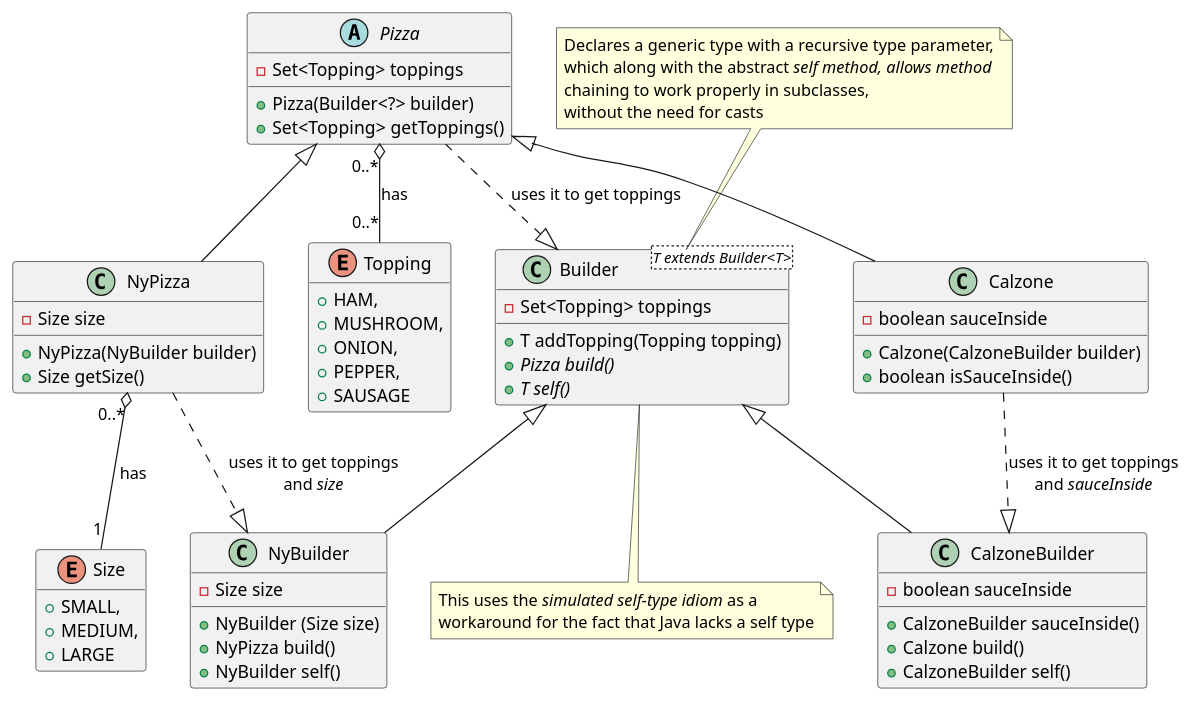
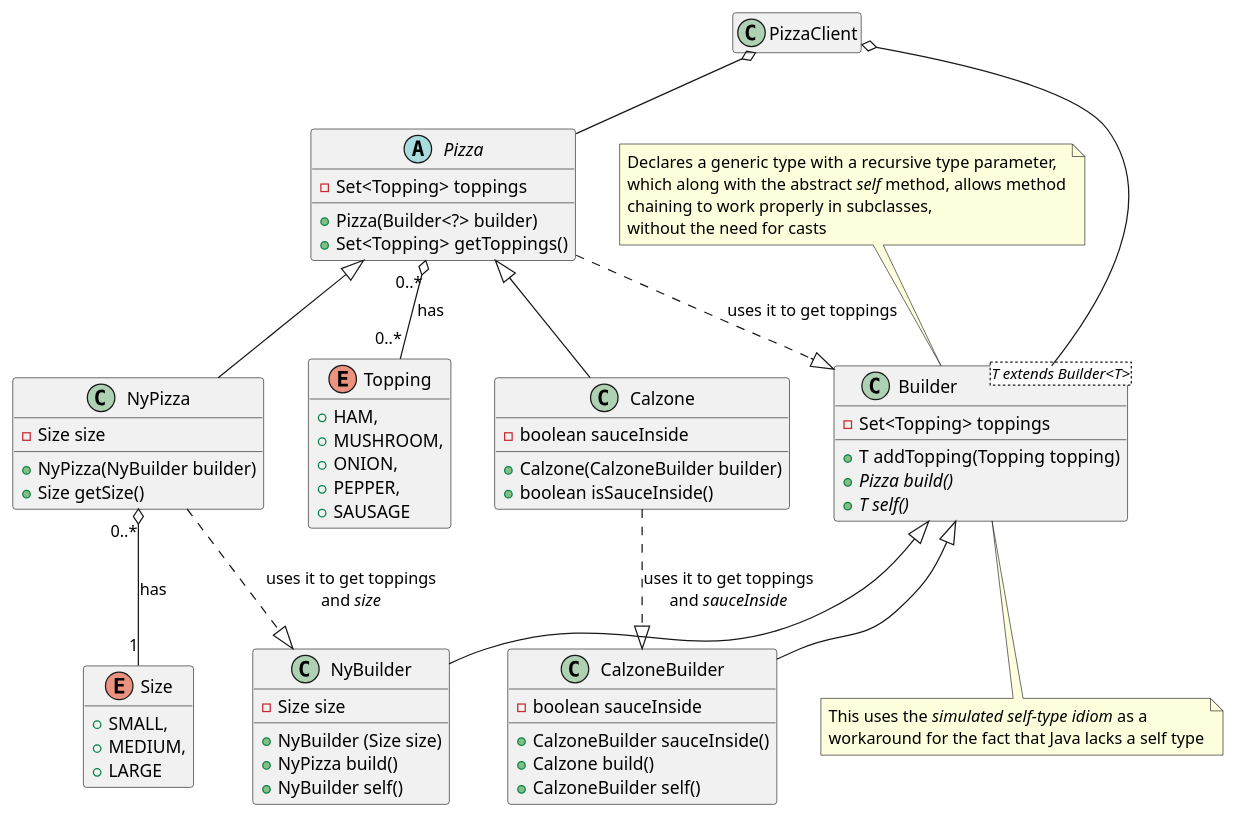
One commit to lealceldeiro/gems changed the diagram in DesignPatternsElementsOfReusableObjectOrientesSoftware/Chapter03/Builder/BuilderPatter.puml. Above: the diagram before and after it, drawn with PlantUML. The commit also changed 1 other file, not shown here.

Commit message:
Update image for code design for builder pattern in java code example

```diff
--- a/DesignPatternsElementsOfReusableObjectOrientesSoftware/Chapter03/Builder/BuilderPatter.puml
+++ b/DesignPatternsElementsOfReusableObjectOrientesSoftware/Chapter03/Builder/BuilderPatter.puml
@@ -1,77 +1,82 @@
 @startuml
 enum Topping {
     + HAM,
     + MUSHROOM,
     + ONION,
     + PEPPER,
     + SAUSAGE
 }
 
 abstract class Pizza {
     - Set<Topping> toppings
 
     + Pizza(Builder<?> builder)
     + Set<Topping> getToppings()
 }
 
 Pizza "0..*" o-- "0..*" Topping : has
 
 abstract class Builder<T extends Builder<T>> {
     - Set<Topping> toppings
 
     + T addTopping(Topping topping)
     + {abstract} Pizza build()
     + {abstract} T self()
 }
 
 class Builder
-note top: Declares a generic type with a recursive type parameter,\nwhich along with the abstract <i>self<i> method, allows method\nchaining to work properly in subclasses,\nwithout the need for casts
+note top: Declares a generic type with a recursive type parameter,\nwhich along with the abstract <i>self</i> method, allows method\nchaining to work properly in subclasses,\nwithout the need for casts
 
 class Builder
 note bottom: This uses the <i>simulated self-type idiom</i> as a\nworkaround for the fact that Java lacks a self type
 
 Pizza ..|> Builder : uses it to get toppings
 
 class Calzone extends Pizza {
     - boolean sauceInside
 
     + Calzone(CalzoneBuilder builder)
     + boolean isSauceInside()
 }
 
 class CalzoneBuilder extends Builder {
     - boolean sauceInside
 
     + CalzoneBuilder sauceInside()
     + Calzone build()
     + CalzoneBuilder self()
 }
 
 Calzone ..|> CalzoneBuilder : uses it to get toppings\nand <i>sauceInside</i>
 
 enum Size {
     + SMALL,
     + MEDIUM,
     + LARGE
 }
 
 class NyPizza extends Pizza {
     - Size size
 
     + NyPizza(NyBuilder builder)
     + Size getSize()
 }
 
 class NyBuilder extends Builder {
     - Size size
 
     + NyBuilder (Size size)
     + NyPizza build()
     + NyBuilder self()
 }
 
 NyPizza ..|> NyBuilder : uses it to get toppings\nand <i>size</i>
 NyPizza "0..*" o-- "1" Size : has
 
+class PizzaClient
+
+PizzaClient o-- Pizza
+PizzaClient o-- Builder
+
 hide empty members
 @enduml
```
